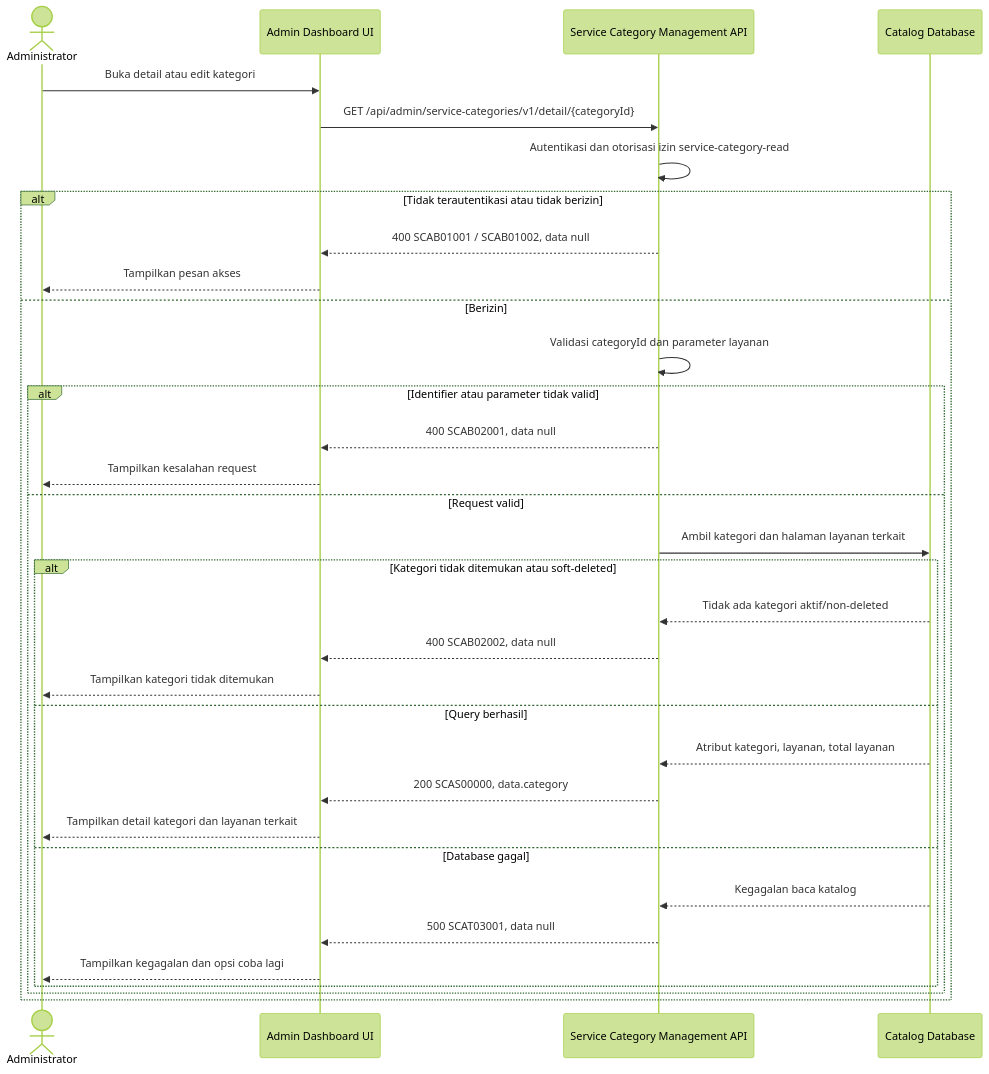
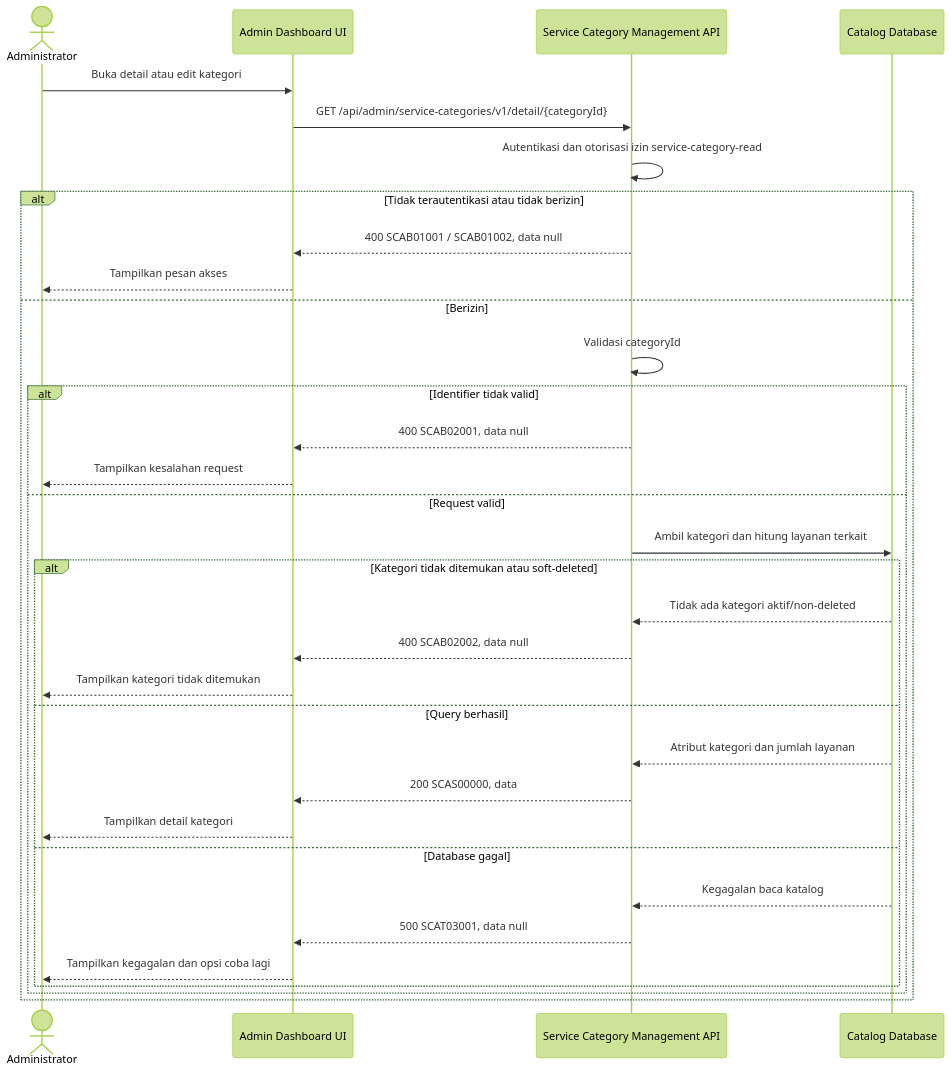
Before and after one commit to fatihmuhamadridho/docs-game-service-platform: the diagram in sprint-2/solutioning/dashboard/service-categories/get-detail-service-category.md, drawn with Mermaid (forest theme). The commit also changed other lines of this file and 65 other files, not shown here.

````diff
--- a/sprint-2/solutioning/dashboard/service-categories/get-detail-service-category.md
+++ b/sprint-2/solutioning/dashboard/service-categories/get-detail-service-category.md
@@ -14,35 +16,35 @@
 ```mermaid
 sequenceDiagram
     actor Admin as Administrator
     participant UI as Admin Dashboard UI
     participant API as Service Category Management API
     participant DB as Catalog Database
     Admin->>UI: Buka detail atau edit kategori
     UI->>API: GET /api/admin/service-categories/v1/detail/{categoryId}
     API->>API: Autentikasi dan otorisasi izin service-category-read
     alt Tidak terautentikasi atau tidak berizin
         API-->>UI: 400 SCAB01001 / SCAB01002, data null
         UI-->>Admin: Tampilkan pesan akses
     else Berizin
-        API->>API: Validasi categoryId dan parameter layanan
-        alt Identifier atau parameter tidak valid
+        API->>API: Validasi categoryId
+        alt Identifier tidak valid
             API-->>UI: 400 SCAB02001, data null
             UI-->>Admin: Tampilkan kesalahan request
         else Request valid
-            API->>DB: Ambil kategori dan halaman layanan terkait
+            API->>DB: Ambil kategori dan hitung layanan terkait
             alt Kategori tidak ditemukan atau soft-deleted
                 DB-->>API: Tidak ada kategori aktif/non-deleted
                 API-->>UI: 400 SCAB02002, data null
                 UI-->>Admin: Tampilkan kategori tidak ditemukan
             else Query berhasil
-                DB-->>API: Atribut kategori, layanan, total layanan
-                API-->>UI: 200 SCAS00000, data.category
-                UI-->>Admin: Tampilkan detail kategori dan layanan terkait
+                DB-->>API: Atribut kategori dan jumlah layanan
+                API-->>UI: 200 SCAS00000, data
+                UI-->>Admin: Tampilkan detail kategori
             else Database gagal
                 DB-->>API: Kegagalan baca katalog
                 API-->>UI: 500 SCAT03001, data null
                 UI-->>Admin: Tampilkan kegagalan dan opsi coba lagi
             end
         end
     end
 ```
````
